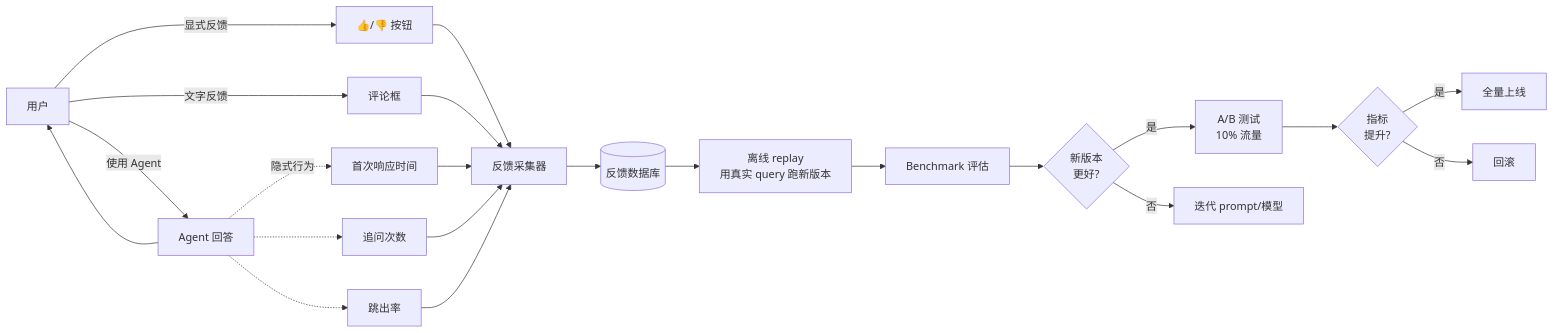
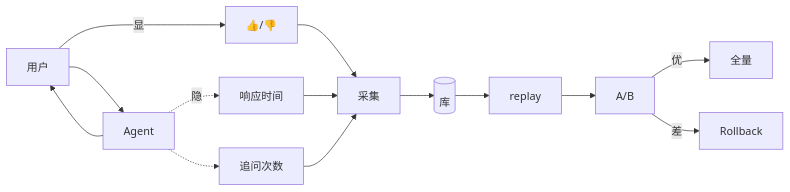
Before and after one commit to Mr-Super-X/agent-app-dev: the third of 4 diagrams in docs/production/02-evaluation.md, drawn with Mermaid. The commit also changed other lines of this file and 6 other files, not shown here.

````diff
--- a/docs/production/02-evaluation.md
+++ b/docs/production/02-evaluation.md
@@ -114,24 +70,16 @@
 ```mermaid
 flowchart LR
-    U[用户] -->|使用 Agent| A[Agent 回答]
+    U[用户] --> A[Agent]
     A --> U
-    U -->|显式反馈| F1[👍/👎 按钮]
-    U -->|文字反馈| F2[评论框]
-    A -.->|隐式行为| F3[首次响应时间]
-    A -.-> F4[追问次数]
-    A -.-> F5[跳出率]
-    F1 --> C[反馈采集器]
+    U -->|显| F1[👍/👎]
+    A -.->|隐| F2[响应时间]
+    A -.-> F3[追问次数]
+    F1 --> C[采集]
     F2 --> C
     F3 --> C
-    F4 --> C
-    F5 --> C
-    C --> DB[(反馈数据库)]
-    DB --> R[离线 replay<br/>用真实 query 跑新版本]
-    R --> E[Benchmark 评估]
-    E --> D{新版本<br/>更好?}
-    D -- 是 --> AB[A/B 测试<br/>10% 流量]
-    AB --> ABE{指标<br/>提升?}
-    ABE -- 是 --> FULL[全量上线]
-    ABE -- 否 --> Rollback[回滚]
-    D -- 否 --> Iter[迭代 prompt/模型]
+    C --> DB[(库)]
+    DB --> R[replay]
+    R --> AB[A/B]
+    AB -->|优| FULL[全量]
+    AB -->|差| Rollback
 ```
````
